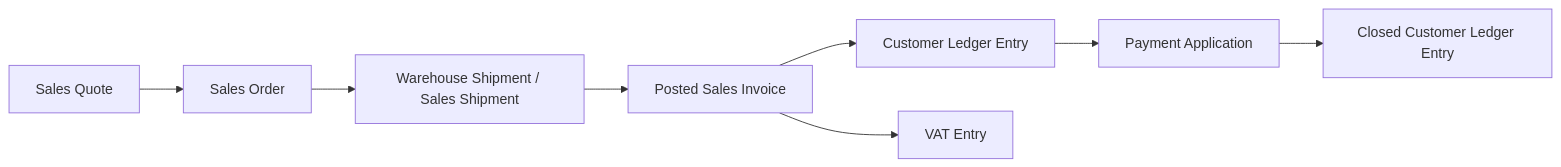
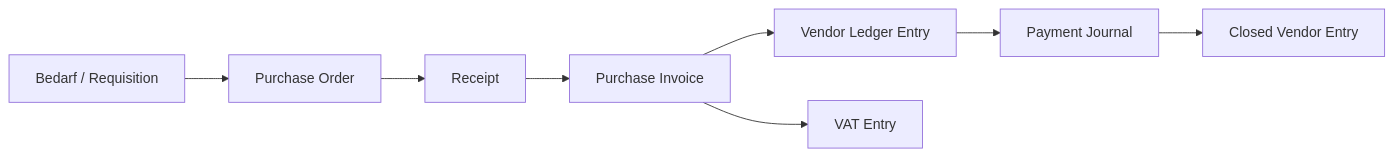
Before and after one commit to sivla/FiBu: the fourth of 10 diagrams in FiBu_Buch_BC_Standardprozesse_DE_Master_Blueprint.md, drawn with Mermaid. The commit also changed other lines of this file and 2 other files, not shown here.

````diff
--- a/FiBu_Buch_BC_Standardprozesse_DE_Master_Blueprint.md
+++ b/FiBu_Buch_BC_Standardprozesse_DE_Master_Blueprint.md
@@ -183,10 +406,10 @@
 ```mermaid
 flowchart LR
-    A["Sales Quote"] --> B["Sales Order"]
-    B --> C["Warehouse Shipment / Sales Shipment"]
-    C --> D["Posted Sales Invoice"]
-    D --> E["Customer Ledger Entry"]
+    A["Bedarf / Requisition"] --> B["Purchase Order"]
+    B --> C["Receipt"]
+    C --> D["Purchase Invoice"]
+    D --> E["Vendor Ledger Entry"]
     D --> F["VAT Entry"]
-    E --> G["Payment Application"]
-    G --> H["Closed Customer Ledger Entry"]
+    E --> G["Payment Journal"]
+    G --> H["Closed Vendor Entry"]
 ```
````
